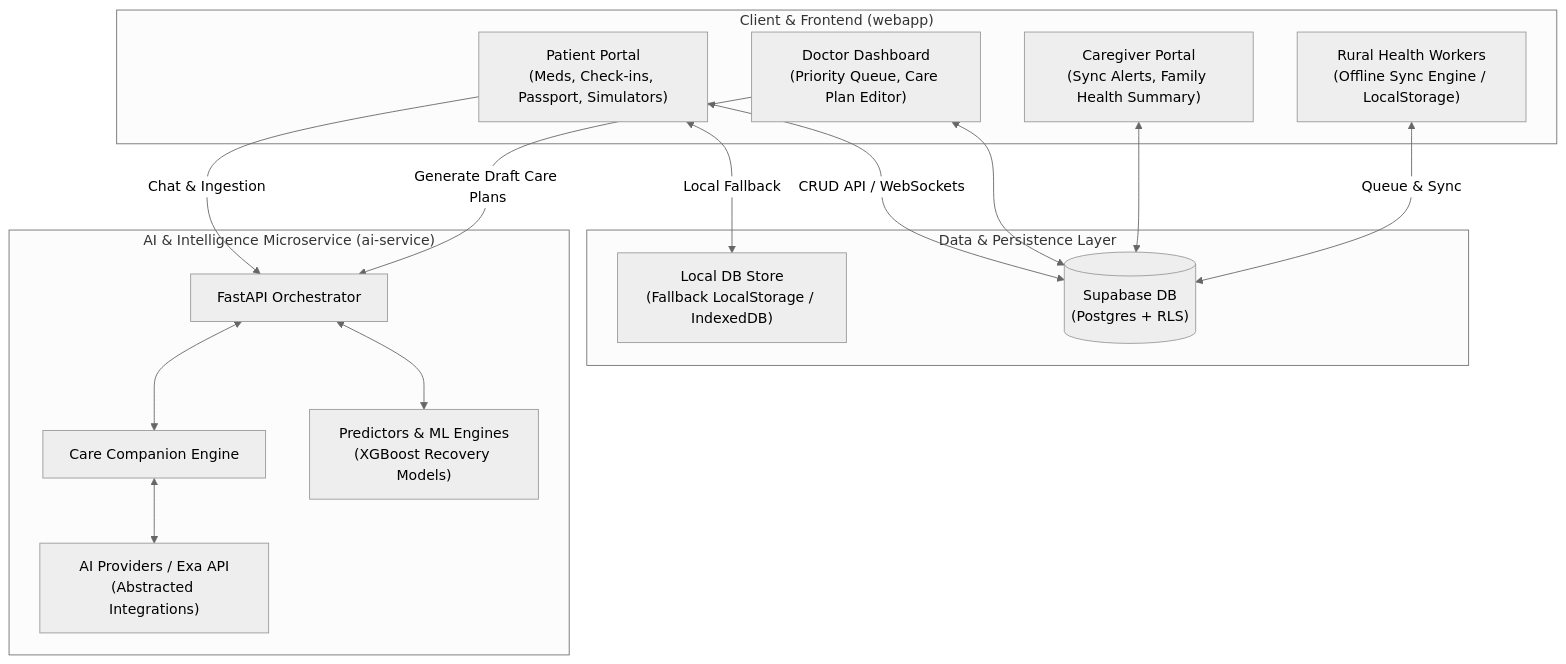
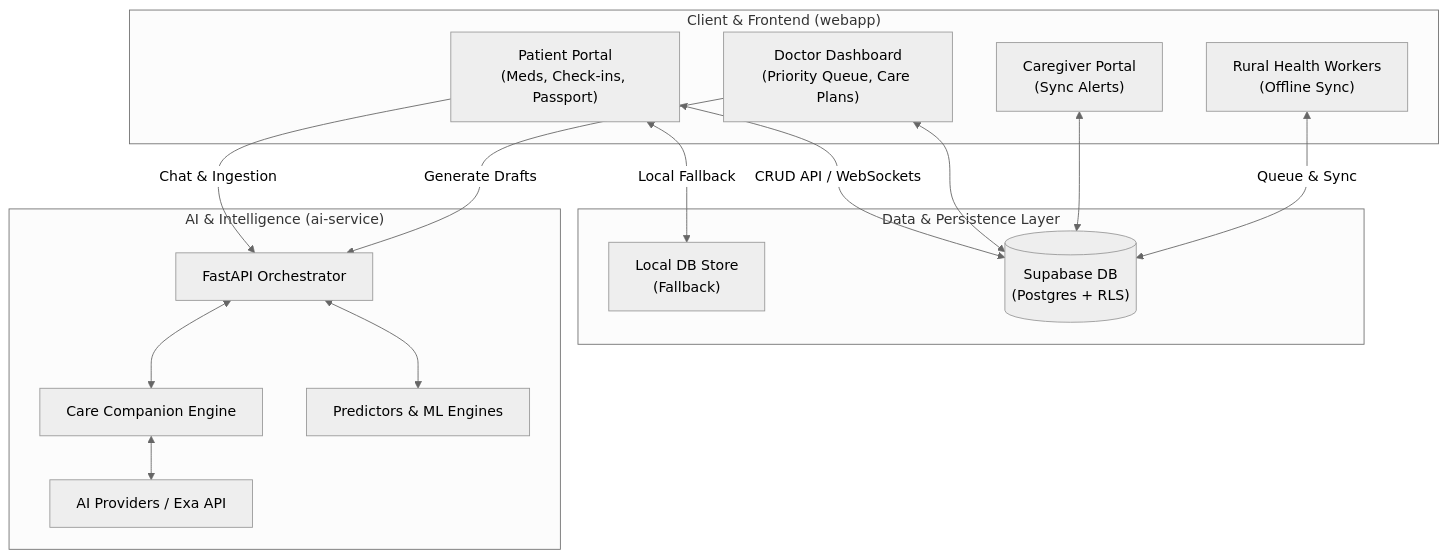
Before and after one commit to vishesh-017/TETRA003: the first of 2 diagrams in README.md, drawn with Mermaid (neutral theme). The commit also changed other lines of this file, not shown here.

````diff
--- a/README.md
+++ b/README.md
@@ -16,36 +47,36 @@
 ```mermaid
 graph TD
     %% Define Nodes
     subgraph ClientLayer ["Client & Frontend (webapp)"]
-        PatApp["Patient Portal<br>(Meds, Check-ins, Passport, Simulators)"]
-        DocDash["Doctor Dashboard<br>(Priority Queue, Care Plan Editor)"]
-        CarePort["Caregiver Portal<br>(Sync Alerts, Family Health Summary)"]
-        RuralPHC["Rural Health Workers<br>(Offline Sync Engine / LocalStorage)"]
+        PatApp["Patient Portal<br>(Meds, Check-ins, Passport)"]
+        DocDash["Doctor Dashboard<br>(Priority Queue, Care Plans)"]
+        CarePort["Caregiver Portal<br>(Sync Alerts)"]
+        RuralPHC["Rural Health Workers<br>(Offline Sync)"]
     end
 
     subgraph DataLayer ["Data & Persistence Layer"]
-        LocalStore["Local DB Store<br>(Fallback LocalStorage / IndexedDB)"]
+        LocalStore["Local DB Store<br>(Fallback)"]
         SupaDB[("Supabase DB<br>(Postgres + RLS)")]
     end
 
-    subgraph AILayer ["AI & Intelligence Microservice (ai-service)"]
+    subgraph AILayer ["AI & Intelligence (ai-service)"]
         FastAPI["FastAPI Orchestrator"]
         AIComp["Care Companion Engine"]
-        MLPred["Predictors & ML Engines<br>(XGBoost Recovery Models)"]
-        AIProv["AI Providers / Exa API<br>(Abstracted Integrations)"]
+        MLPred["Predictors & ML Engines"]
+        AIProv["AI Providers / Exa API"]
     end
 
     %% Define Connections
     PatApp <--> |Local Fallback| LocalStore
     PatApp <--> |CRUD API / WebSockets| SupaDB
     DocDash <--> SupaDB
     CarePort <--> SupaDB
     RuralPHC <--> |Queue & Sync| SupaDB
 
     PatApp --> |Chat & Ingestion| FastAPI
-    DocDash --> |Generate Draft Care Plans| FastAPI
+    DocDash --> |Generate Drafts| FastAPI
     
     FastAPI <--> AIComp
     FastAPI <--> MLPred
     AIComp <--> AIProv
 ```
````
